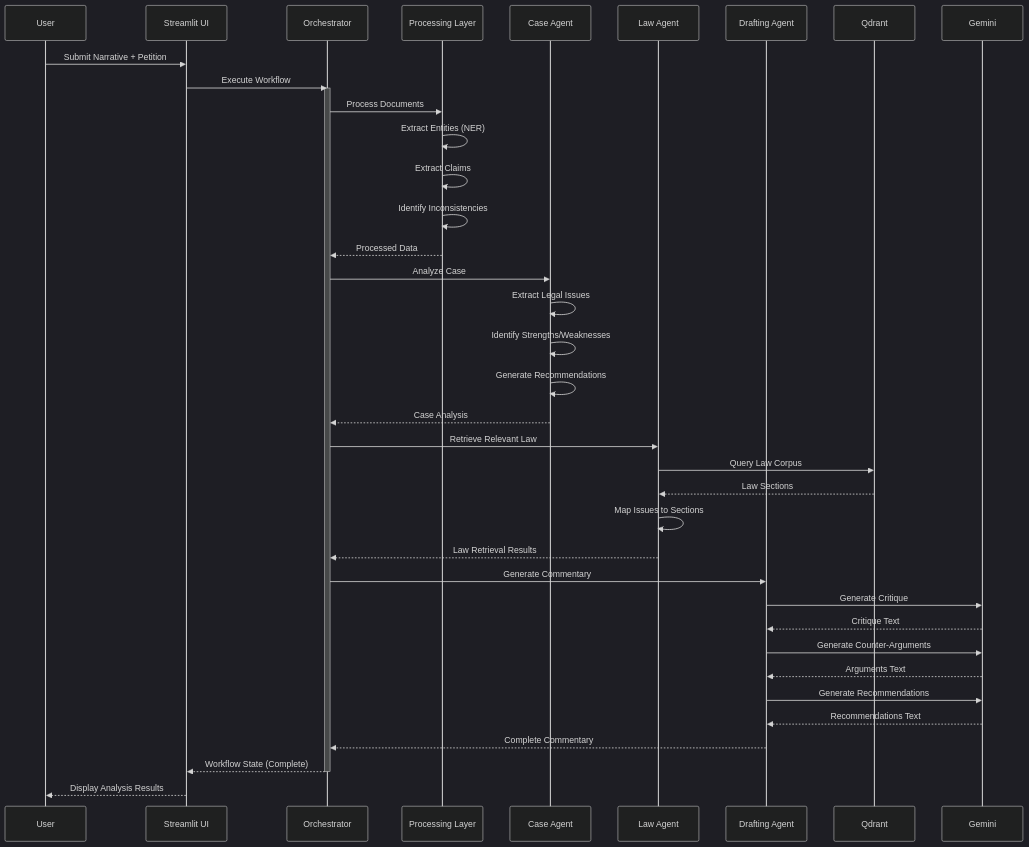
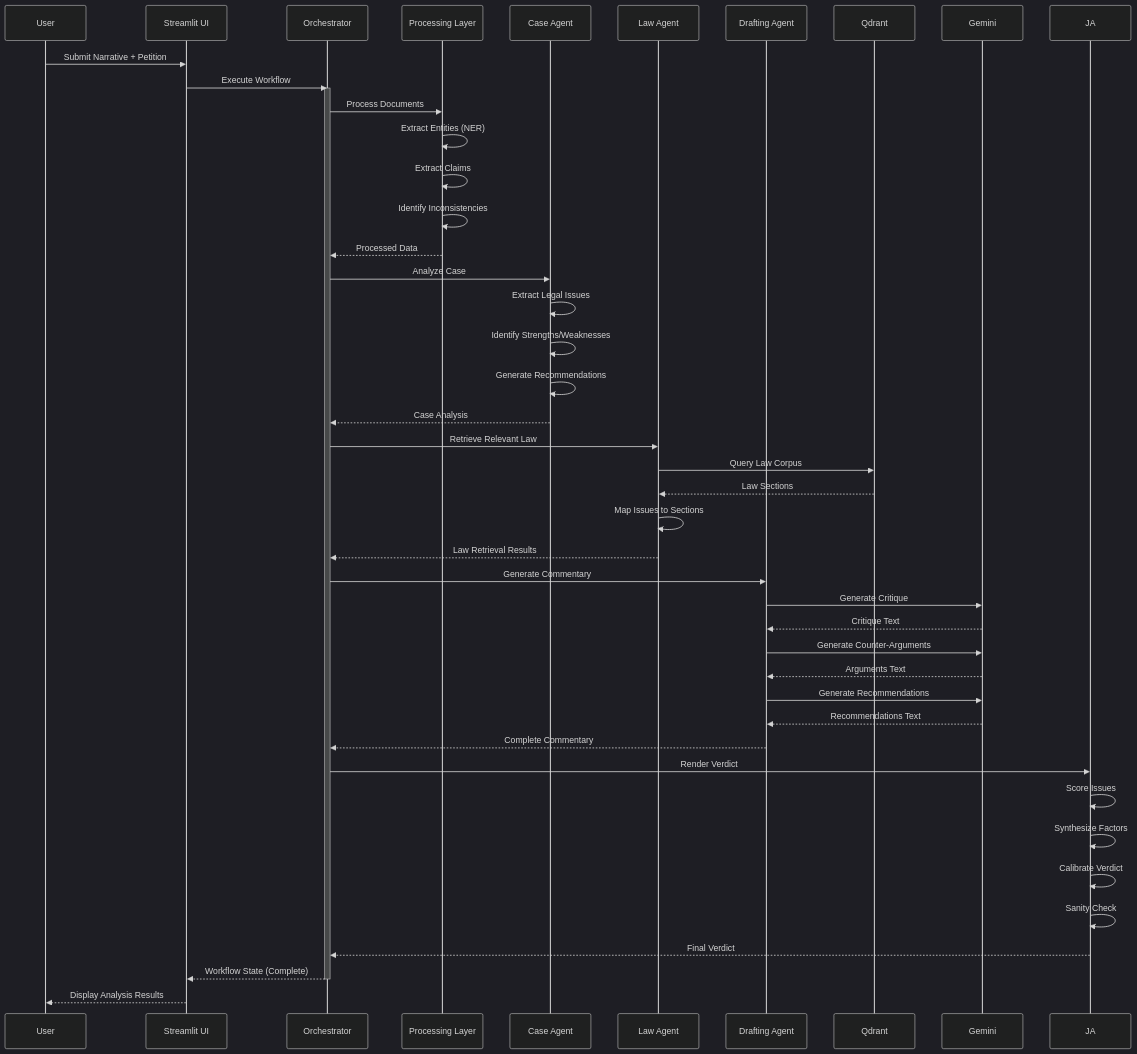
The second of 2 diagrams in docs/architecture.md (Shahmir675/GovTech), drawn with Mermaid (dark theme) before and after one commit. The commit also changed other lines of this file and 49 other files, not shown here.

````diff
--- a/docs/architecture.md
+++ b/docs/architecture.md
@@ -58,47 +62,54 @@
 ```mermaid
 sequenceDiagram
     participant U as User
     participant UI as Streamlit UI
     participant O as Orchestrator
     participant P as Processing Layer
     participant CA as Case Agent
     participant LA as Law Agent
     participant DA as Drafting Agent
     participant Q as Qdrant
     participant G as Gemini
 
     U->>UI: Submit Narrative + Petition
     UI->>O: Execute Workflow
 
     activate O
     O->>P: Process Documents
     P->>P: Extract Entities (NER)
     P->>P: Extract Claims
     P->>P: Identify Inconsistencies
     P-->>O: Processed Data
 
     O->>CA: Analyze Case
     CA->>CA: Extract Legal Issues
     CA->>CA: Identify Strengths/Weaknesses
     CA->>CA: Generate Recommendations
     CA-->>O: Case Analysis
 
     O->>LA: Retrieve Relevant Law
     LA->>Q: Query Law Corpus
     Q-->>LA: Law Sections
     LA->>LA: Map Issues to Sections
     LA-->>O: Law Retrieval Results
 
     O->>DA: Generate Commentary
     DA->>G: Generate Critique
     G-->>DA: Critique Text
     DA->>G: Generate Counter-Arguments
     G-->>DA: Arguments Text
     DA->>G: Generate Recommendations
     G-->>DA: Recommendations Text
     DA-->>O: Complete Commentary
 
+    O->>JA: Render Verdict
+    JA->>JA: Score Issues
+    JA->>JA: Synthesize Factors
+    JA->>JA: Calibrate Verdict
+    JA->>JA: Sanity Check
+    JA-->>O: Final Verdict
+
     O-->>UI: Workflow State (Complete)
     deactivate O
     UI-->>U: Display Analysis Results
 ```
````
